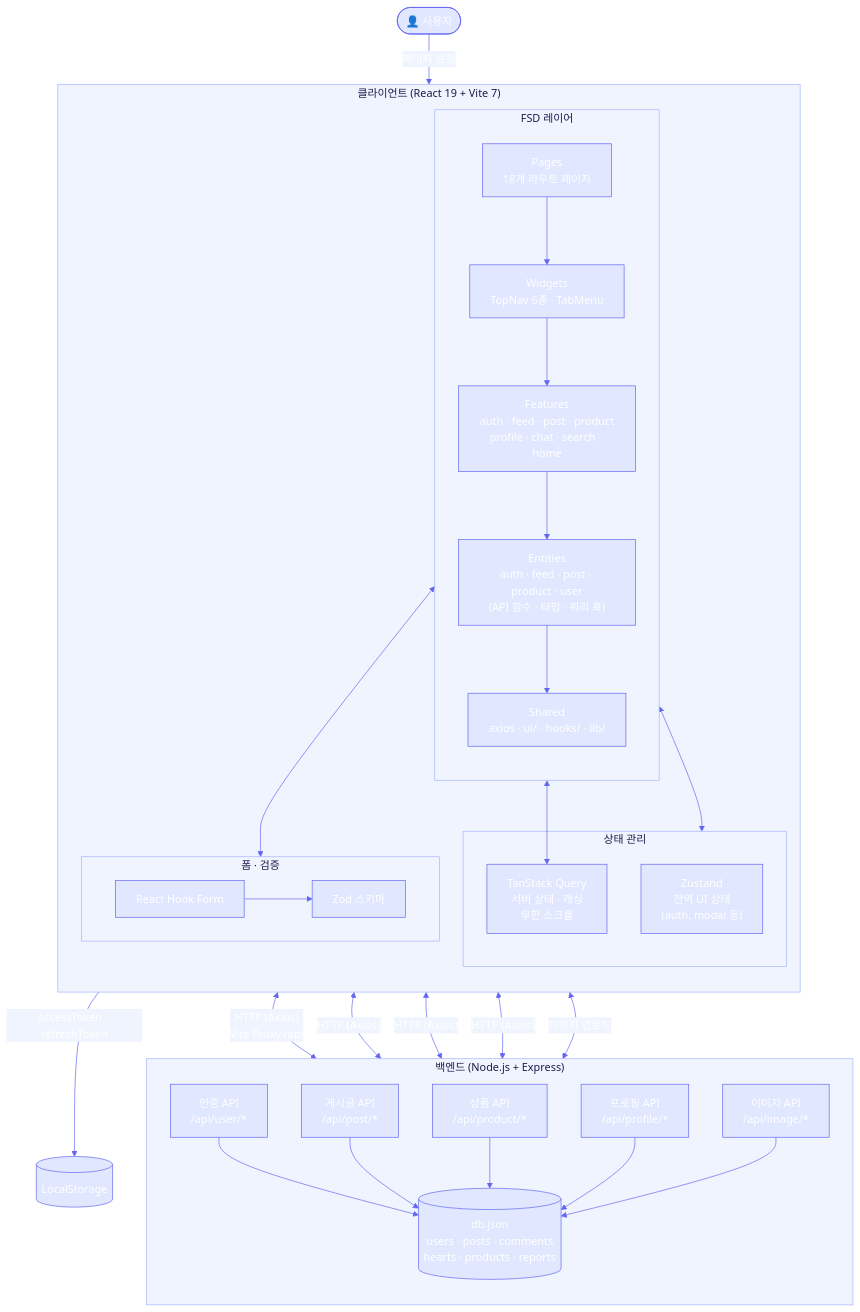
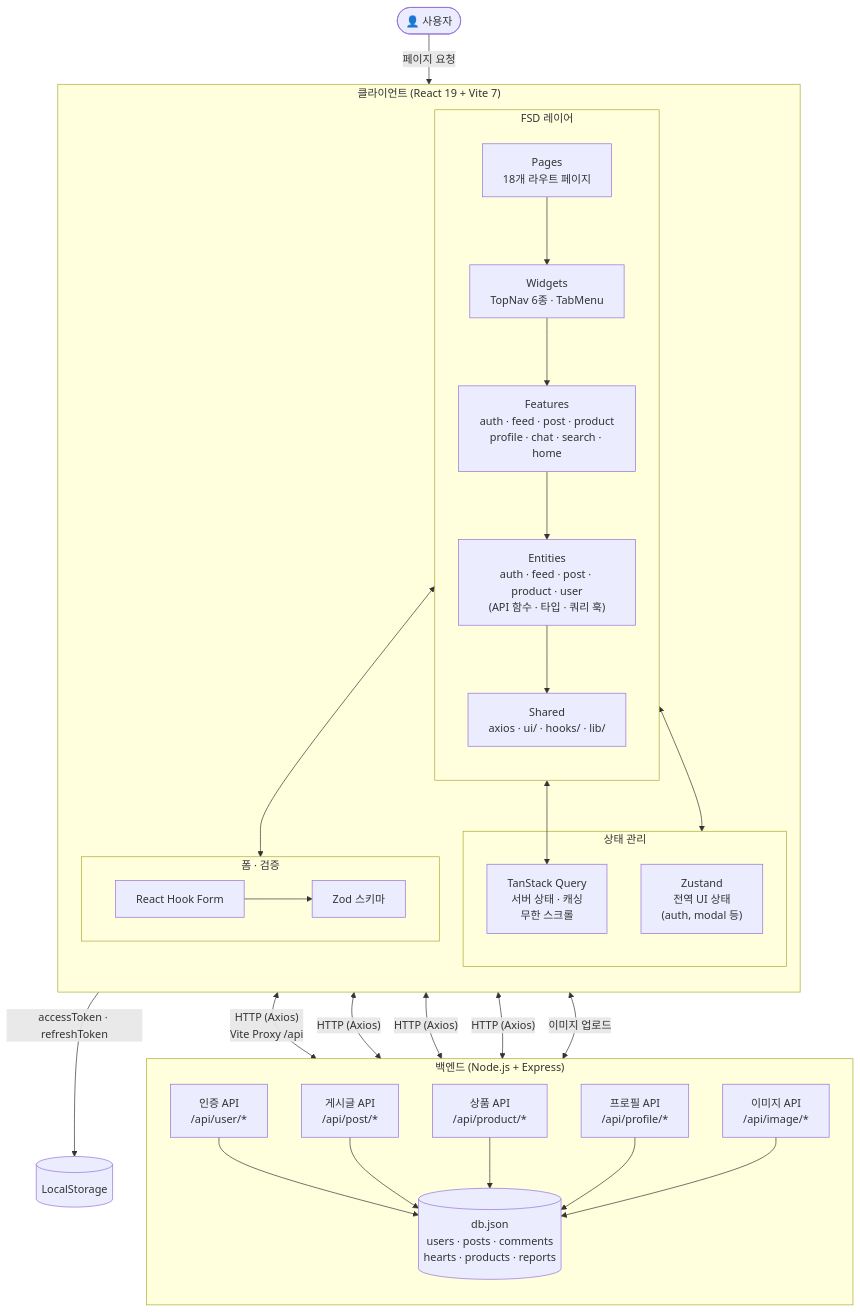
Before and after one commit to 3rd-project-team-1/ALYAC-market-team1: the second of 2 diagrams in README.md, drawn with Mermaid. The commit also changed other lines of this file, not shown here.

````diff
--- a/README.md
+++ b/README.md
@@ -328,68 +326,54 @@
 ```mermaid
-%%{init: { 'theme': 'base', 'themeVariables': {
-  'primaryColor': '#6366f1',
-  'primaryTextColor': '#ffffff',
-  'primaryBorderColor': '#4338ca',
-  'lineColor': '#6366f1',
-  'secondaryColor': '#e0e7ff',
-  'tertiaryColor': '#f5f3ff',
-  'mainBkg': '#e0e7ff',
-  'nodeBorder': '#6366f1',
-  'clusterBkg': '#f0f4ff',
-  'clusterBorder': '#a5b4fc',
-  'titleColor': '#1e1b4b',
-  'edgeLabelBackground': '#f0f4ff'
-} } }%%
 flowchart TD
     User([👤 사용자])
 
     subgraph Client["클라이언트 (React 19 + Vite 7)"]
         direction TB
 
         subgraph FSD["FSD 레이어"]
             direction TB
             Pages["Pages\n18개 라우트 페이지"]
             Widgets["Widgets\nTopNav 6종 · TabMenu"]
             Features["Features\nauth · feed · post · product\nprofile · chat · search · home"]
             Entities["Entities\nauth · feed · post · product · user\n(API 함수 · 타입 · 쿼리 훅)"]
             Shared["Shared\naxios · ui/ · hooks/ · lib/"]
 
             Pages --> Widgets --> Features --> Entities --> Shared
         end
 
         subgraph State["상태 관리"]
             Zustand["Zustand\n전역 UI 상태\n(auth, modal 등)"]
             ReactQuery["TanStack Query\n서버 상태 · 캐싱\n무한 스크롤"]
         end
 
         subgraph Form["폼 · 검증"]
             RHF["React Hook Form"]
             Zod["Zod 스키마"]
             RHF --> Zod
         end
 
         Features <--> State
         Entities <--> ReactQuery
         Features <--> Form
     end
 
     subgraph Server["백엔드 (Node.js + Express)"]
         direction TB
         AuthAPI["인증 API\n/api/user/*"]
         PostAPI["게시글 API\n/api/post/*"]
         ProductAPI["상품 API\n/api/product/*"]
         ProfileAPI["프로필 API\n/api/profile/*"]
         ImageAPI["이미지 API\n/api/image/*"]
         DB[("db.json\nusers · posts · comments\nhearts · products · reports")]
 
         AuthAPI & PostAPI & ProductAPI & ProfileAPI & ImageAPI --> DB
     end
 
     User -->|"페이지 요청"| Pages
     ReactQuery <-->|"HTTP (Axios)\nVite Proxy /api"| AuthAPI
     ReactQuery <-->|"HTTP (Axios)"| PostAPI
     ReactQuery <-->|"HTTP (Axios)"| ProductAPI
     ReactQuery <-->|"HTTP (Axios)"| ProfileAPI
     Shared <-->|"이미지 업로드"| ImageAPI
     Zustand -->|"accessToken · refreshToken"| LocalStorage[(LocalStorage)]
 ```
````
